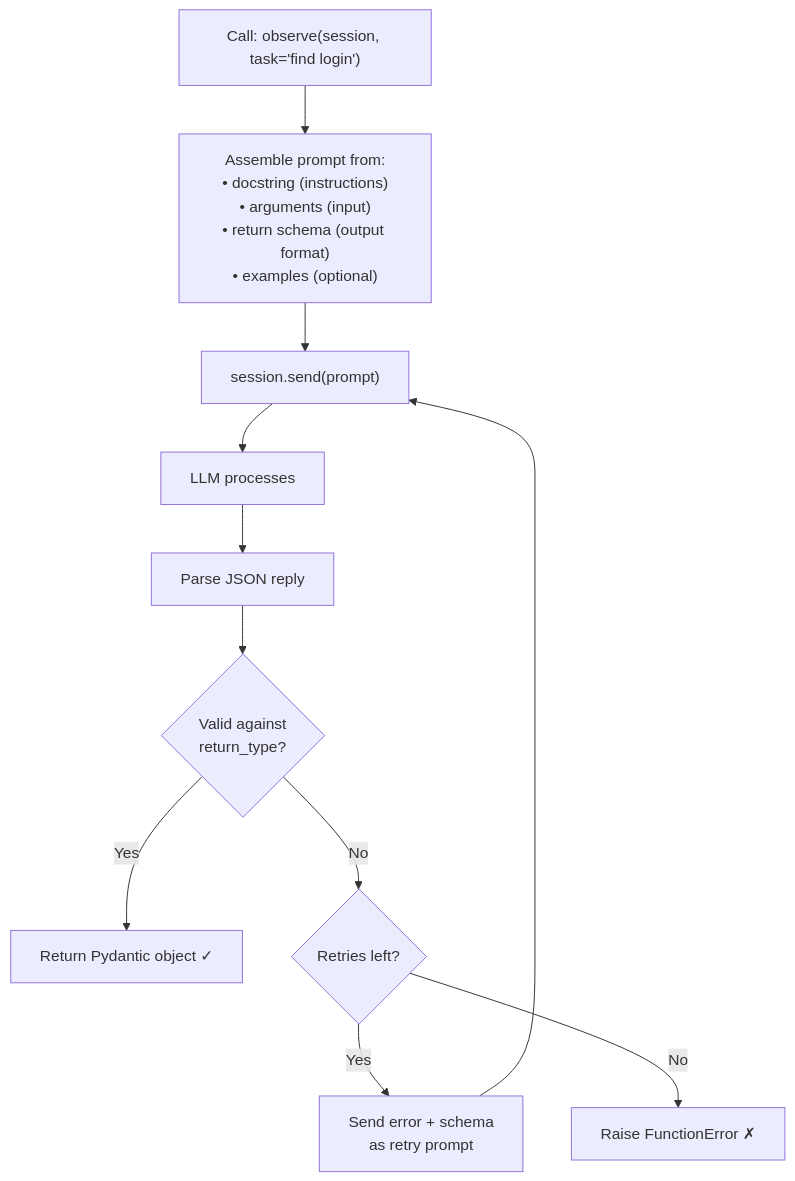
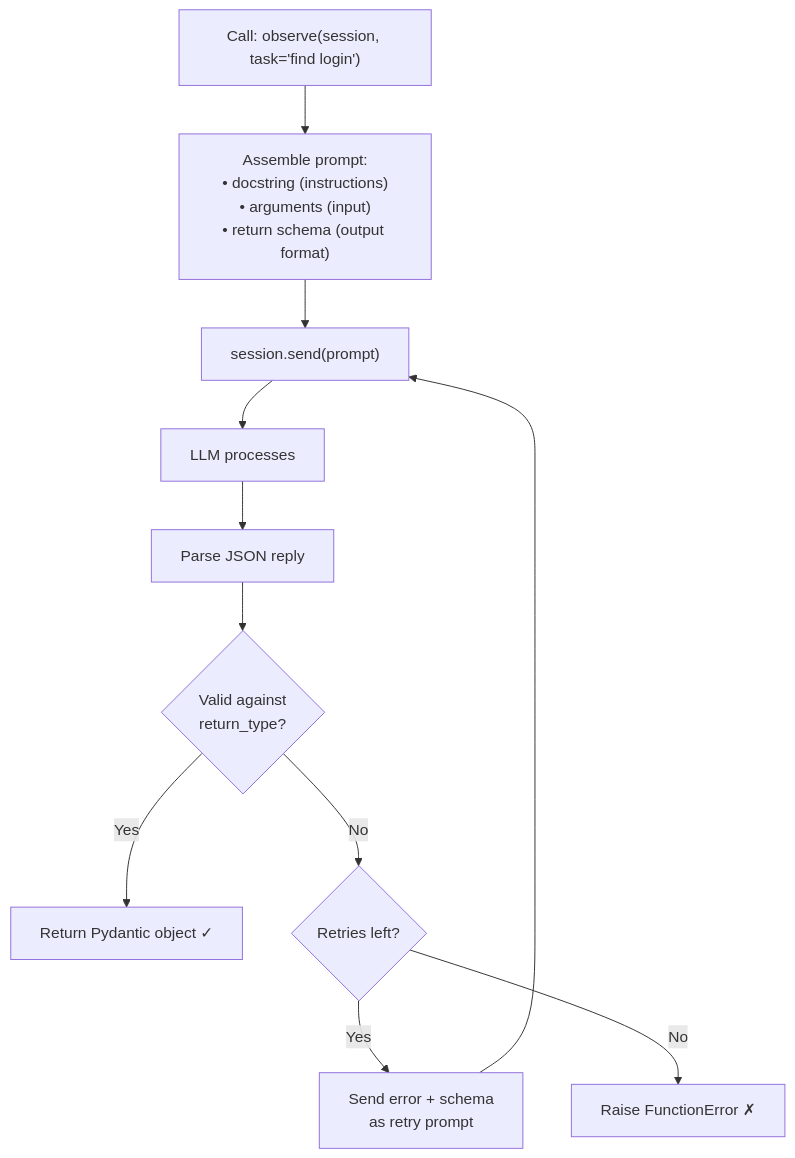
One commit to Fzkuji/OpenProgram changed the second of 10 diagrams in docs/DESIGN.md. Above: the diagram before and after it, drawn with Mermaid. The commit also changed other lines of this file and 1 other file, not shown here.

````diff
--- a/docs/DESIGN.md
+++ b/docs/DESIGN.md
@@ -73,13 +88,13 @@
 ```mermaid
 flowchart TD
-    A["Call: observe(session, task='find login')"] --> B["Assemble prompt from:<br/>• docstring (instructions)<br/>• arguments (input)<br/>• return schema (output format)<br/>• examples (optional)"]
+    A["Call: observe(session, task='find login')"] --> B["Assemble prompt:<br/>• docstring (instructions)<br/>• arguments (input)<br/>• return schema (output format)"]
     B --> C["session.send(prompt)"]
     C --> D["LLM processes"]
     D --> E["Parse JSON reply"]
     E --> F{Valid against<br/>return_type?}
     F -- Yes --> G["Return Pydantic object ✓"]
     F -- No --> H{Retries left?}
     H -- Yes --> I["Send error + schema<br/>as retry prompt"]
     I --> C
     H -- No --> J["Raise FunctionError ✗"]
 ```
````
